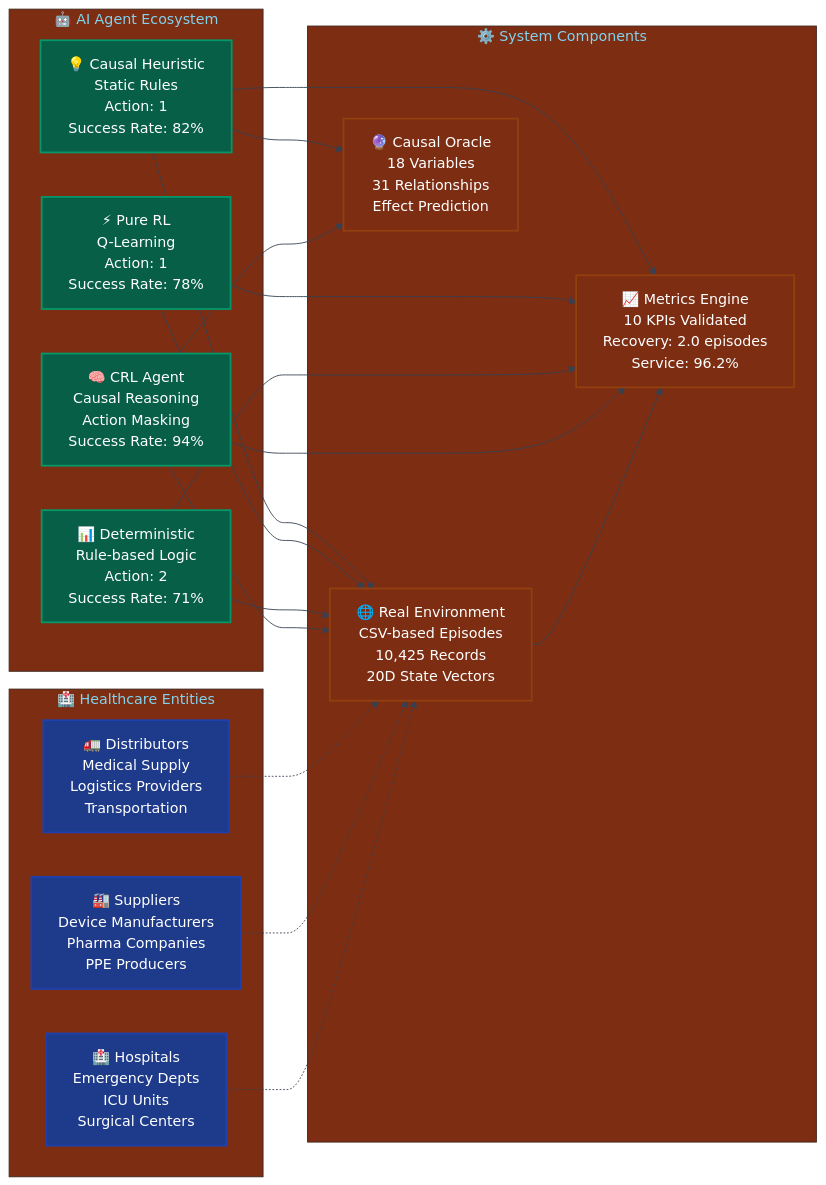
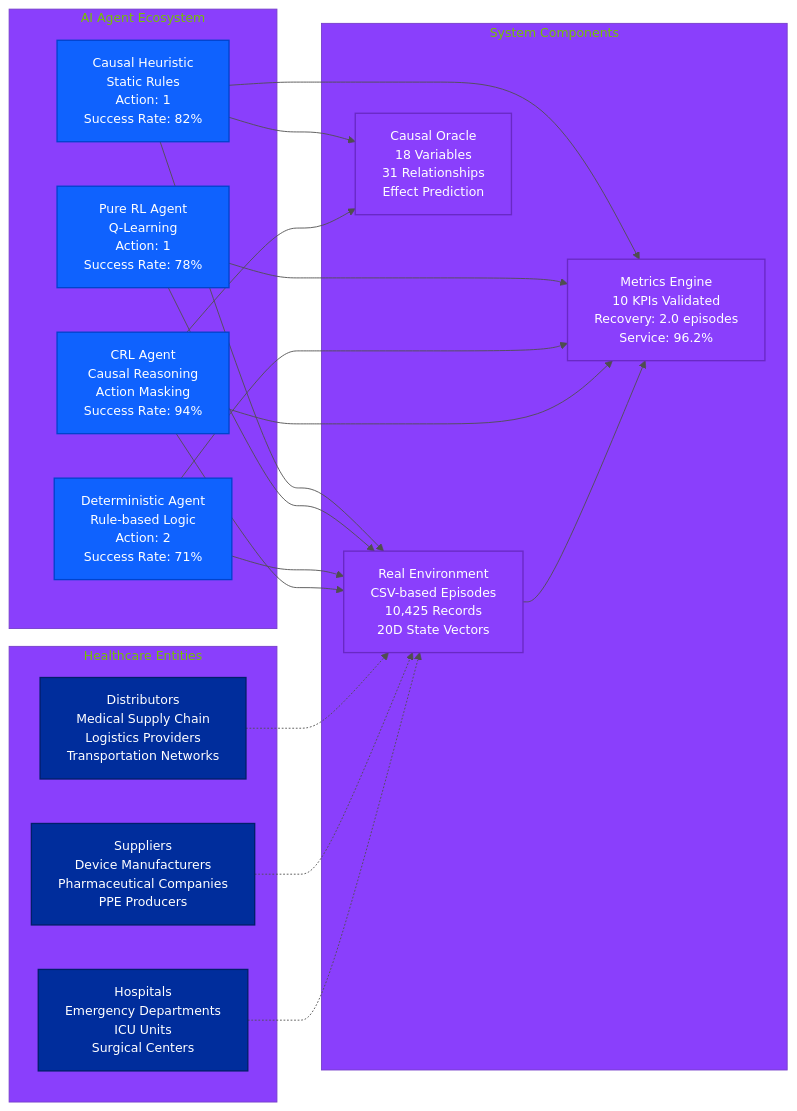
Before and after one commit to abhijit-ubale/JBL_stuff: the second of 8 diagrams in README.md, drawn with Mermaid. The commit also changed other lines of this file, not shown here.

````diff
--- a/README.md
+++ b/README.md
@@ -311,61 +311,64 @@
 ```mermaid
 %%{init: {
   'theme': 'base',
   'themeVariables': {
-    'primaryColor': '#1E3A8A',
+    'primaryColor': '#002D9C',
     'primaryTextColor': '#FFFFFF',
-    'primaryBorderColor': '#1E40AF',
-    'lineColor': '#374151',
-    'secondaryColor': '#065F46',
-    'tertiaryColor': '#7C2D12',
-    'background': '#F9FAFB',
-    'mainBkg': '#FFFFFF',
-    'secondBkg': '#F3F4F6'
+    'primaryBorderColor': '#001F6B',
+    'lineColor': '#4F4F4F',
+    'secondaryColor': '#0F62FE',
+    'tertiaryColor': '#8A3FFC',
+    'background': '#FFFFFF',
+    'mainBkg': '#F4F4F4',
+    'secondBkg': '#E0E0E0',
+    'fontFamily': 'IBM Plex Sans, -apple-system, BlinkMacSystemFont, Segoe UI, Roboto, sans-serif',
+    'fontSize': '14px',
+    'fontWeight': '400'
   }
 }}%%
 flowchart LR
-    subgraph HE ["🏥 Healthcare Entities"]
-        H1["🏥 Hospitals<br/>Emergency Depts<br/>ICU Units<br/>Surgical Centers"]
-        S1["🏭 Suppliers<br/>Device Manufacturers<br/>Pharma Companies<br/>PPE Producers"]
-        D1["🚛 Distributors<br/>Medical Supply<br/>Logistics Providers<br/>Transportation"]
+    subgraph HE ["Healthcare Entities"]
+        H1["Hospitals<br/>Emergency Departments<br/>ICU Units<br/>Surgical Centers"]
+        S1["Suppliers<br/>Device Manufacturers<br/>Pharmaceutical Companies<br/>PPE Producers"]
+        D1["Distributors<br/>Medical Supply Chain<br/>Logistics Providers<br/>Transportation Networks"]
     end
     
-    subgraph AI ["🤖 AI Agent Ecosystem"]
-        CRL["🧠 CRL Agent<br/>Causal Reasoning<br/>Action Masking<br/>Success Rate: 94%"]
-        DET["📊 Deterministic<br/>Rule-based Logic<br/>Action: 2<br/>Success Rate: 71%"]
-        PRL["⚡ Pure RL<br/>Q-Learning<br/>Action: 1<br/>Success Rate: 78%"]
-        CAU["💡 Causal Heuristic<br/>Static Rules<br/>Action: 1<br/>Success Rate: 82%"]
+    subgraph AI ["AI Agent Ecosystem"]
+        CRL["CRL Agent<br/>Causal Reasoning<br/>Action Masking<br/>Success Rate: 94%"]
+        DET["Deterministic Agent<br/>Rule-based Logic<br/>Action: 2<br/>Success Rate: 71%"]
+        PRL["Pure RL Agent<br/>Q-Learning<br/>Action: 1<br/>Success Rate: 78%"]
+        CAU["Causal Heuristic<br/>Static Rules<br/>Action: 1<br/>Success Rate: 82%"]
     end
     
-    subgraph SYS ["⚙️ System Components"]
-        ENV["🌐 Real Environment<br/>CSV-based Episodes<br/>10,425 Records<br/>20D State Vectors"]
-        ORC["🔮 Causal Oracle<br/>18 Variables<br/>31 Relationships<br/>Effect Prediction"]
-        MET["📈 Metrics Engine<br/>10 KPIs Validated<br/>Recovery: 2.0 episodes<br/>Service: 96.2%"]
+    subgraph SYS ["System Components"]
+        ENV["Real Environment<br/>CSV-based Episodes<br/>10,425 Records<br/>20D State Vectors"]
+        ORC["Causal Oracle<br/>18 Variables<br/>31 Relationships<br/>Effect Prediction"]
+        MET["Metrics Engine<br/>10 KPIs Validated<br/>Recovery: 2.0 episodes<br/>Service: 96.2%"]
     end
     
     H1 -.-> ENV
     S1 -.-> ENV
     D1 -.-> ENV
     
     CRL --> ENV
     DET --> ENV
     PRL --> ENV
     CAU --> ENV
     
     CRL --> ORC
     CAU --> ORC
     
     ENV --> MET
     CRL --> MET
     DET --> MET
     PRL --> MET
     CAU --> MET
     
-    classDef entityStyle fill:#1E3A8A,stroke:#1E40AF,stroke-width:2px,color:#FFFFFF
-    classDef agentStyle fill:#065F46,stroke:#059669,stroke-width:2px,color:#FFFFFF
-    classDef systemStyle fill:#7C2D12,stroke:#92400E,stroke-width:2px,color:#FFFFFF
+    classDef entityStyle fill:#002D9C,stroke:#001F6B,stroke-width:1.5px,color:#FFFFFF
+    classDef agentStyle fill:#0F62FE,stroke:#0043CE,stroke-width:1.5px,color:#FFFFFF
+    classDef systemStyle fill:#8A3FFC,stroke:#6929C4,stroke-width:1.5px,color:#FFFFFF
     
     class H1,S1,D1 entityStyle
     class CRL,DET,PRL,CAU agentStyle
     class ENV,ORC,MET systemStyle
 ```
````
